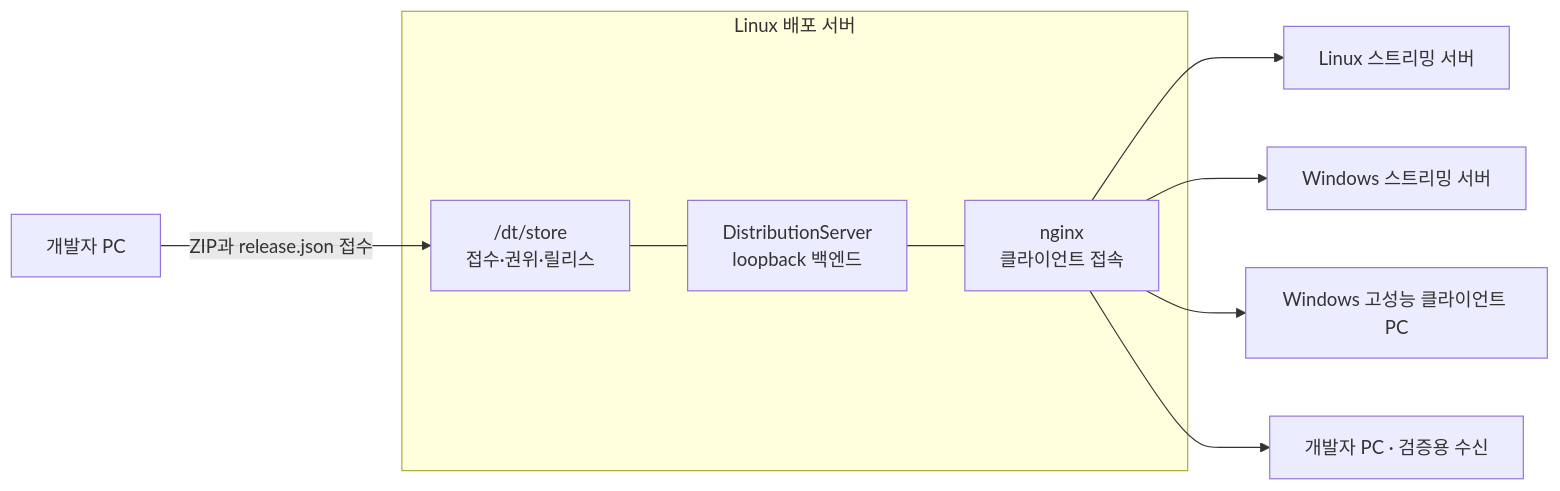
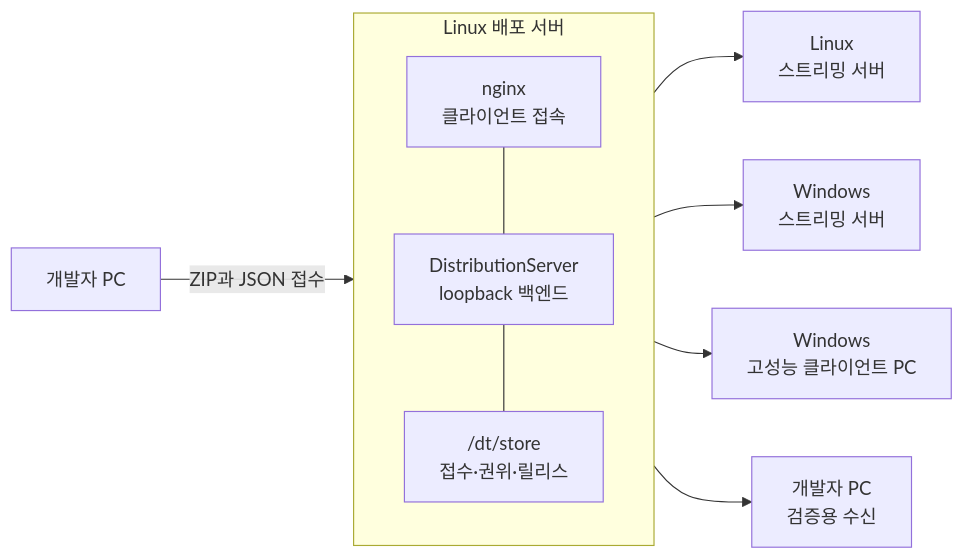
One commit to YonghoKwon/UE-DT-LAUNCHER changed the first of 2 diagrams in README.md. Above: the diagram before and after it, drawn with Mermaid. The commit also changed other lines of this file, not shown here.

Commit message:
PROD-27: Keep architecture and flow labels readable in GitHub

````diff
--- a/README.md
+++ b/README.md
@@ -16,16 +16,15 @@
 ```mermaid
 flowchart LR
-    uploader["개발자 PC"]
+    uploader["개발자 PC"] -->|"ZIP과 JSON 접수"| server
     subgraph server["Linux 배포 서버"]
+        direction TB
+        nginx["nginx<br/>클라이언트 접속"]
+        dist["DistributionServer<br/>loopback 백엔드"]
         store["/dt/store<br/>접수·권위·릴리스"]
-        dist["DistributionServer<br/>loopback 백엔드"]
-        nginx["nginx<br/>클라이언트 접속"]
-        store --- dist
-        dist --- nginx
+        nginx --- dist --- store
     end
-    uploader -->|"ZIP과 release.json 접수"| store
-    nginx --> linuxStream["Linux 스트리밍 서버"]
-    nginx --> windowsStream["Windows 스트리밍 서버"]
-    nginx --> client["Windows 고성능 클라이언트 PC"]
-    nginx --> developer["개발자 PC · 검증용 수신"]
+    server --> linuxStream["Linux<br/>스트리밍 서버"]
+    server --> windowsStream["Windows<br/>스트리밍 서버"]
+    server --> client["Windows<br/>고성능 클라이언트 PC"]
+    server --> developer["개발자 PC<br/>검증용 수신"]
 ```
````
